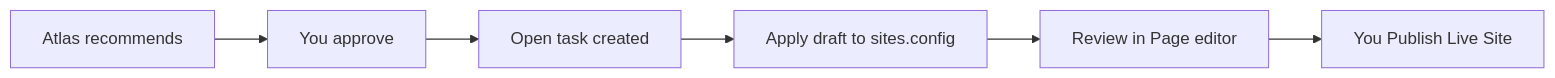
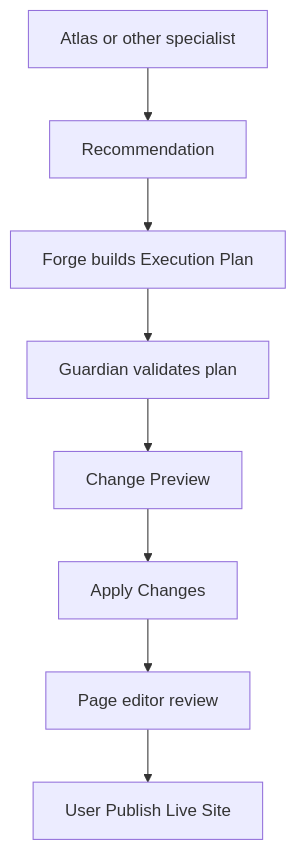
Before and after one commit to coffeeguy77/leadpages: the diagram in docs/ai-team/EXECUTION.md, drawn with Mermaid. The commit also changed other lines of this file and 21 other files, not shown here.

First line of the commit message:
feat(ai-team): lock Phase 2 on Execution Plans and Forge-only config

````diff
--- a/docs/ai-team/EXECUTION.md
+++ b/docs/ai-team/EXECUTION.md
@@ -5,8 +5,10 @@
 ```mermaid
-flowchart LR
-  Atlas[Atlas recommends] --> Approve[You approve]
-  Approve --> Task[Open task created]
-  Task --> Forge[Apply draft to sites.config]
-  Forge --> Editor[Review in Page editor]
-  Editor --> Publish[You Publish Live Site]
+flowchart TD
+  Spec[Atlas or other specialist] --> Rec[Recommendation]
+  Rec --> Forge[Forge builds Execution Plan]
+  Forge --> Guard[Guardian validates plan]
+  Guard --> Preview[Change Preview]
+  Preview --> Apply[Apply Changes]
+  Apply --> Editor[Page editor review]
+  Editor --> Publish[User Publish Live Site]
 ```
````
